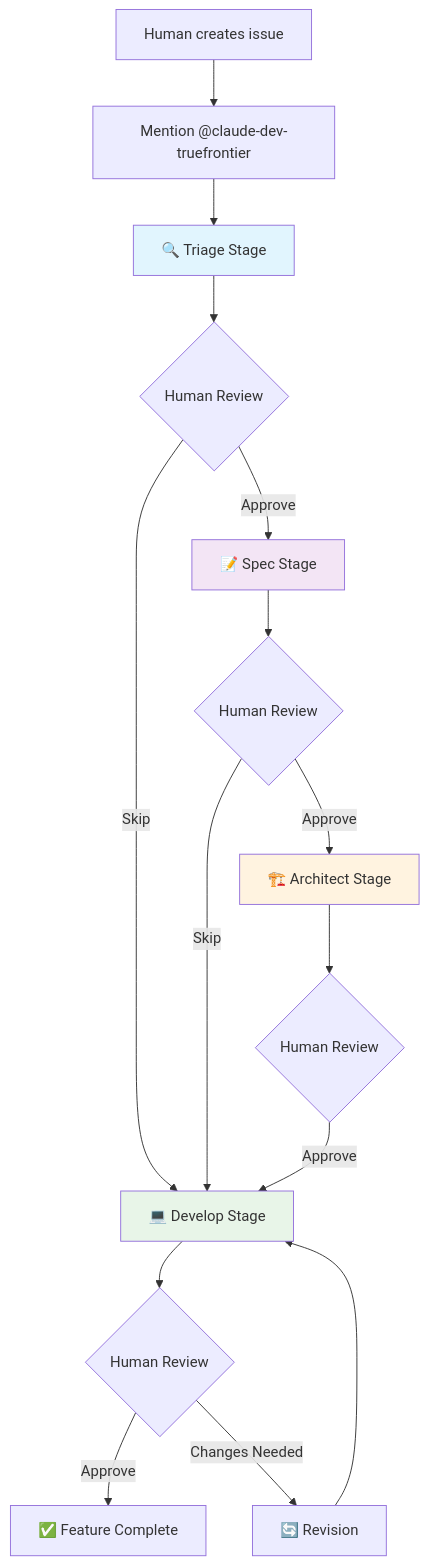
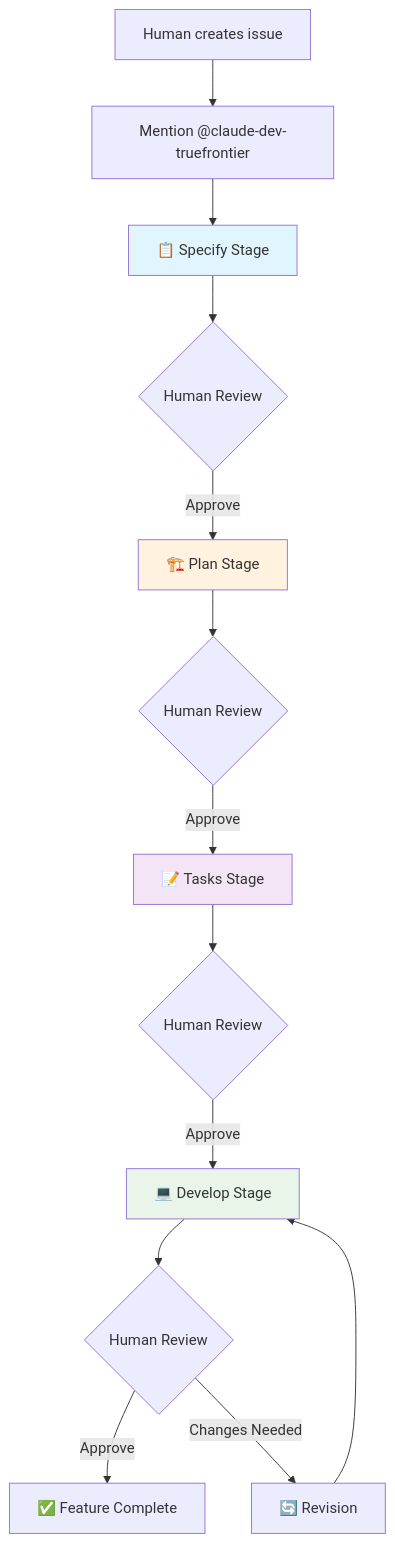
The diagram in README.md (truefrontier/claude-dev-workflow), drawn with Mermaid before and after one commit. The commit also changed other lines of this file and 10 other files, not shown here.

First line of the commit message:
feat: refactor to spec-kit based 4-stage workflow system (v2)

````diff
--- a/README.md
+++ b/README.md
@@ -9,22 +9,20 @@
 ```mermaid
 flowchart TD
     A[Human creates issue] --> B[Mention @claude-dev-truefrontier]
-    B --> C[🔍 Triage Stage]
+    B --> C[📋 Specify Stage]
     C --> D{Human Review}
-    D -->|Approve| E[📝 Spec Stage]
-    D -->|Skip| I[💻 Develop Stage]
+    D -->|Approve| E[🏗️ Plan Stage]
     E --> F{Human Review}
-    F -->|Approve| G[🏗️ Architect Stage]
-    F -->|Skip| I
+    F -->|Approve| G[📝 Tasks Stage]
     G --> H{Human Review}
     H -->|Approve| I[💻 Develop Stage]
     I --> J{Human Review}
     J -->|Approve| K[✅ Feature Complete]
     J -->|Changes Needed| L[🔄 Revision]
     L --> I
-    
+
     style C fill:#e1f5fe
-    style E fill:#f3e5f5
-    style G fill:#fff3e0
+    style E fill:#fff3e0
+    style G fill:#f3e5f5
     style I fill:#e8f5e8
 ```
````
